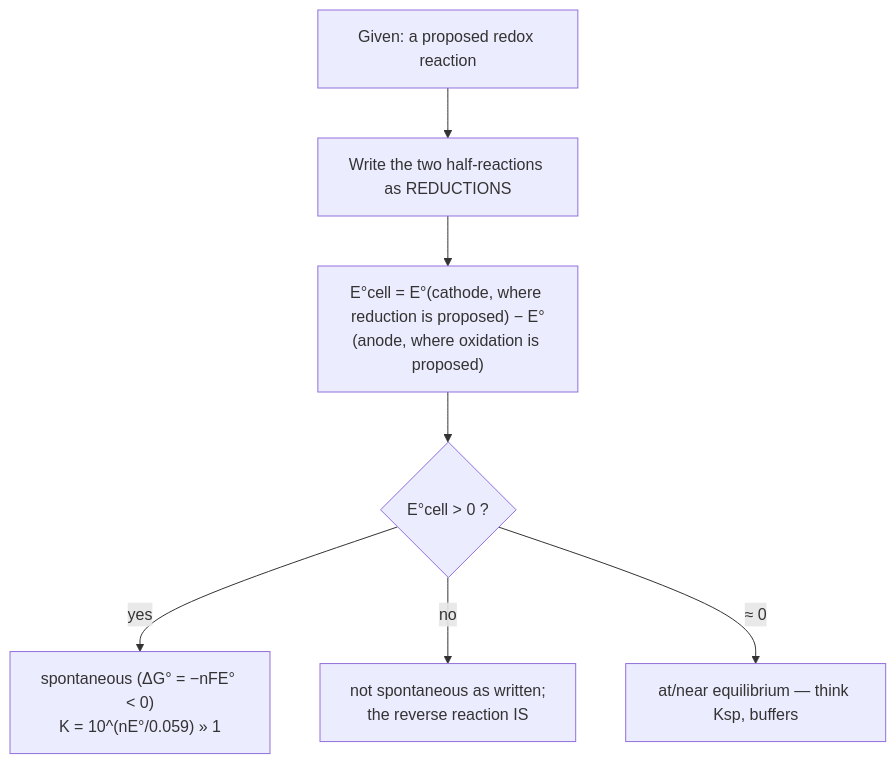
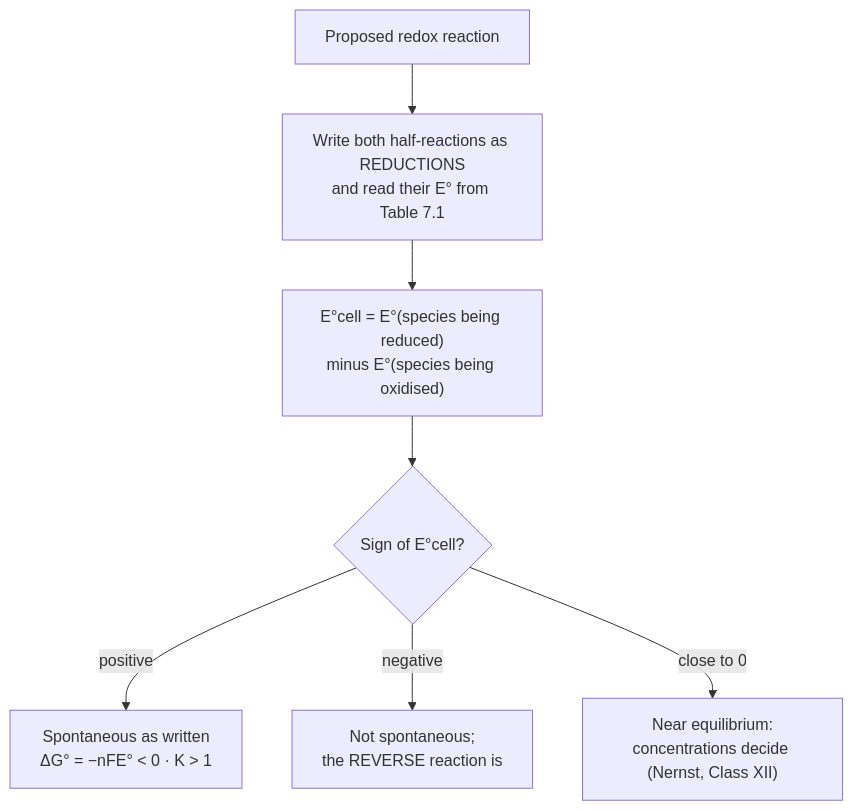
Before and after one commit to SurajGupta2009/Chem_JEEAd_notes: the sixth of 7 diagrams in Physical-Chemistry/05-Redox-Reactions/notes.md, drawn with Mermaid. The commit also changed other lines of this file and 9 other files, not shown here.

````diff
--- a/Physical-Chemistry/05-Redox-Reactions/notes.md
+++ b/Physical-Chemistry/05-Redox-Reactions/notes.md
@@ -934,9 +1054,9 @@
 ```mermaid
 flowchart TD
-    Q["Given: a proposed redox reaction"] --> S1["Write the two half-reactions as REDUCTIONS"]
-    S1 --> S2["E°cell = E°(cathode, where reduction is proposed) − E°(anode, where oxidation is proposed)"]
-    S2 --> D{"E°cell > 0 ?"}
-    D -->|"yes"| Y["spontaneous (ΔG° = −nFE° < 0)<br>K = 10^(nE°/0.059) » 1"]
-    D -->|"no"| N["not spontaneous as written;<br>the reverse reaction IS"]
-    D -->|"≈ 0"| E["at/near equilibrium — think Ksp, buffers"]
+    Q["Proposed redox reaction"] --> S1["Write both half-reactions as REDUCTIONS<br>and read their E° from Table 7.1"]
+    S1 --> S2["E°cell = E°(species being reduced)<br>minus E°(species being oxidised)"]
+    S2 --> D{"Sign of E°cell?"}
+    D -->|"positive"| Y["Spontaneous as written<br>ΔG° = −nFE° < 0 · K > 1"]
+    D -->|"negative"| N["Not spontaneous;<br>the REVERSE reaction is"]
+    D -->|"close to 0"| E["Near equilibrium:<br>concentrations decide (Nernst, Class XII)"]
 ```
````
